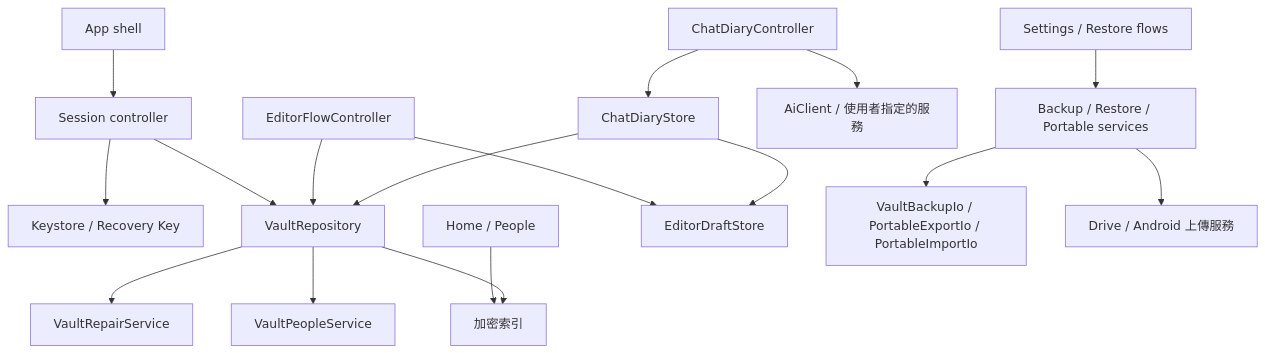
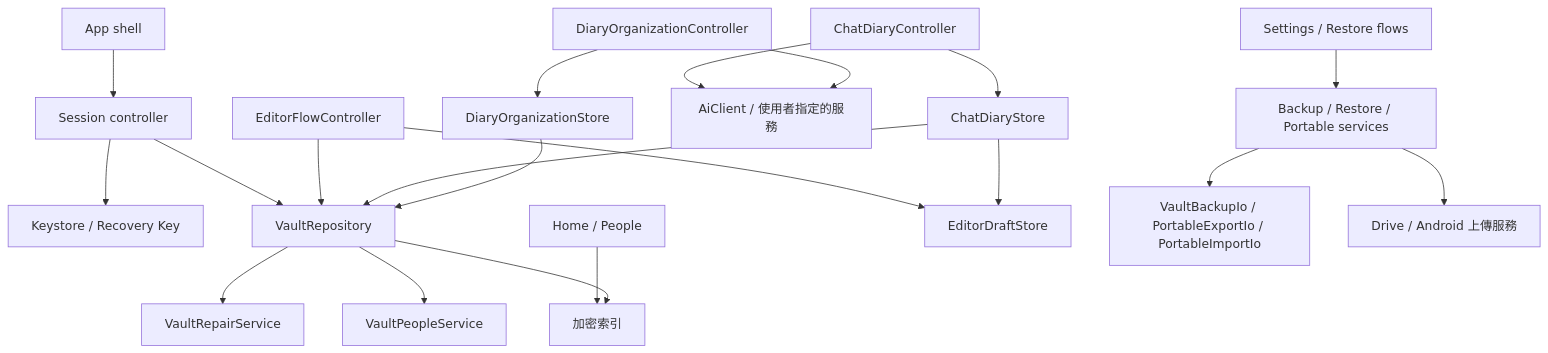
The diagram in docs/開發/架構/系統架構.md (zack20136/quill-diary), drawn with Mermaid before and after one commit. The commit also changed other lines of this file and 133 other files, not shown here.

````diff
--- a/docs/開發/架構/系統架構.md
+++ b/docs/開發/架構/系統架構.md
@@ -48,19 +49,22 @@
 ```mermaid
 flowchart TD
   App[App shell] --> Session[Session controller]
   Session --> Security[Keystore / Recovery Key]
   Session --> Vault[VaultRepository]
   Home[Home / People] --> Index[加密索引]
   Editor[EditorFlowController] --> Drafts[EditorDraftStore]
   Editor --> Vault
   Chat[ChatDiaryController] --> ChatStore[ChatDiaryStore]
   ChatStore --> Drafts
   ChatStore --> Vault
   Chat --> AI[AiClient / 使用者指定的服務]
+  Org[DiaryOrganizationController] --> OrgStore[DiaryOrganizationStore]
+  OrgStore --> Vault
+  Org --> AI
   Settings[Settings / Restore flows] --> Transfer[Backup / Restore / Portable services]
   Transfer --> Archive[VaultBackupIo / PortableExportIo / PortableImportIo]
   Vault --> Repair[VaultRepairService]
   Vault --> People[VaultPeopleService]
   Transfer --> Drive[Drive / Android 上傳服務]
   Vault --> Index
 ```
````
